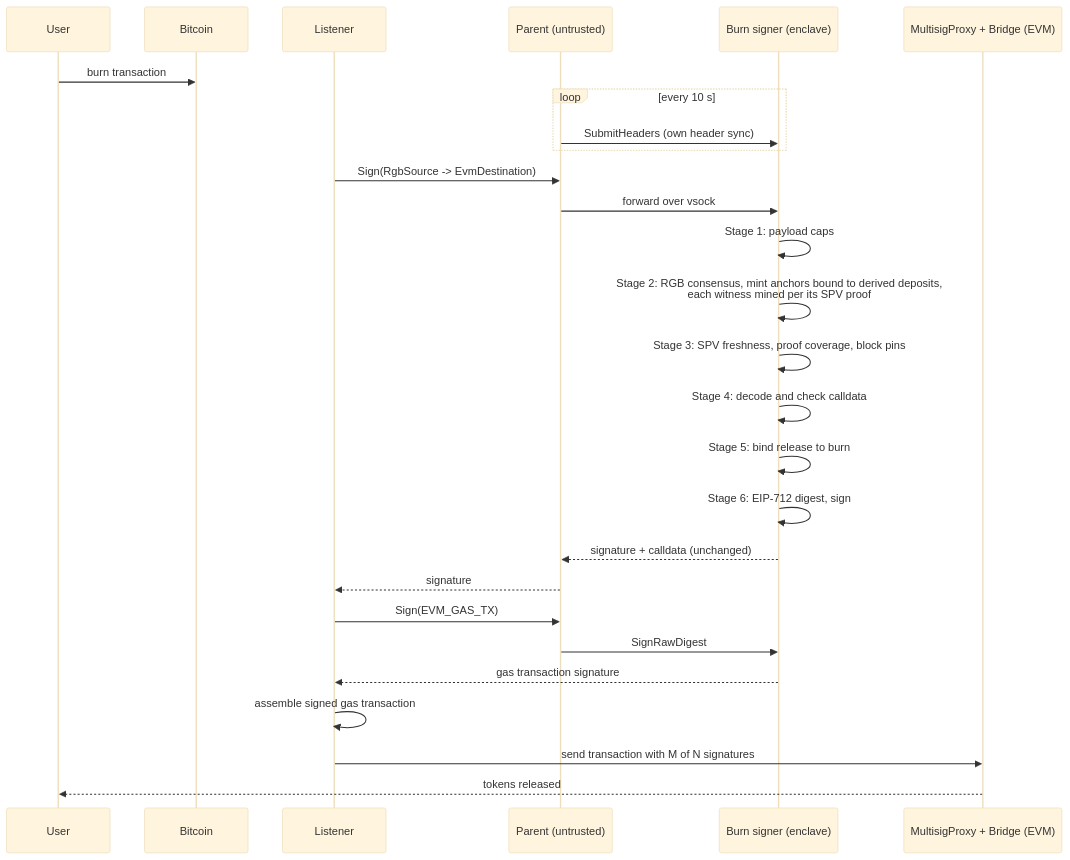
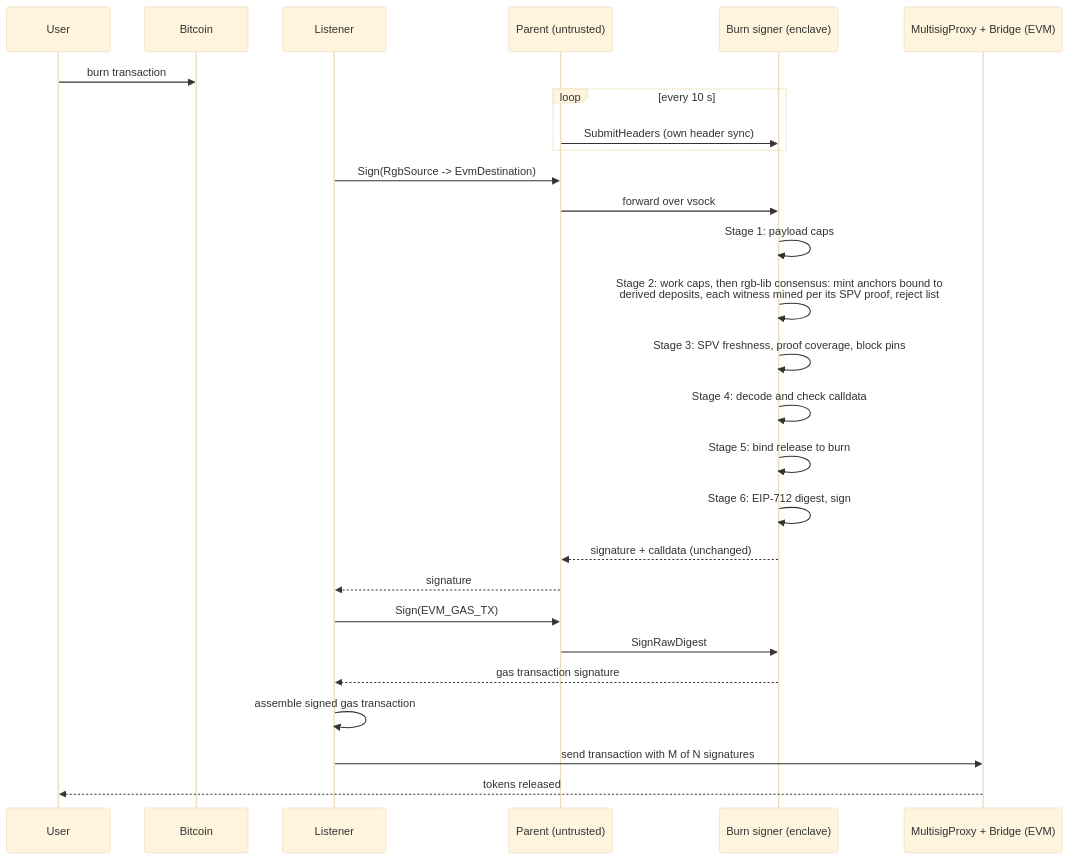
One commit to UTEXO-Protocol/enclave-signer changed the diagram in docs/burn-flow.md. Above: the diagram before and after it, drawn with Mermaid (base theme). The commit also changed other lines of this file and 29 other files, not shown here.

````diff
--- a/docs/burn-flow.md
+++ b/docs/burn-flow.md
@@ -56,30 +59,30 @@
 ```mermaid
 sequenceDiagram
     participant U as User
     participant BT as Bitcoin
     participant L as Listener
     participant P as Parent (untrusted)
     participant E as Burn signer (enclave)
     participant C as MultisigProxy + Bridge (EVM)
 
     U->>BT: burn transaction
     loop every 10 s
         P->>E: SubmitHeaders (own header sync)
     end
     L->>P: Sign(RgbSource -> EvmDestination)
     P->>E: forward over vsock
     E->>E: Stage 1: payload caps
-    E->>E: Stage 2: RGB consensus, mint anchors bound to derived deposits,<br/>each witness mined per its SPV proof
+    E->>E: Stage 2: work caps, then rgb-lib consensus: mint anchors bound to<br/>derived deposits, each witness mined per its SPV proof, reject list
     E->>E: Stage 3: SPV freshness, proof coverage, block pins
     E->>E: Stage 4: decode and check calldata
     E->>E: Stage 5: bind release to burn
     E->>E: Stage 6: EIP-712 digest, sign
     E-->>P: signature + calldata (unchanged)
     P-->>L: signature
     L->>P: Sign(EVM_GAS_TX)
     P->>E: SignRawDigest
     E-->>L: gas transaction signature
     L->>L: assemble signed gas transaction
     L->>C: send transaction with M of N signatures
     C-->>U: tokens released
 ```
````
